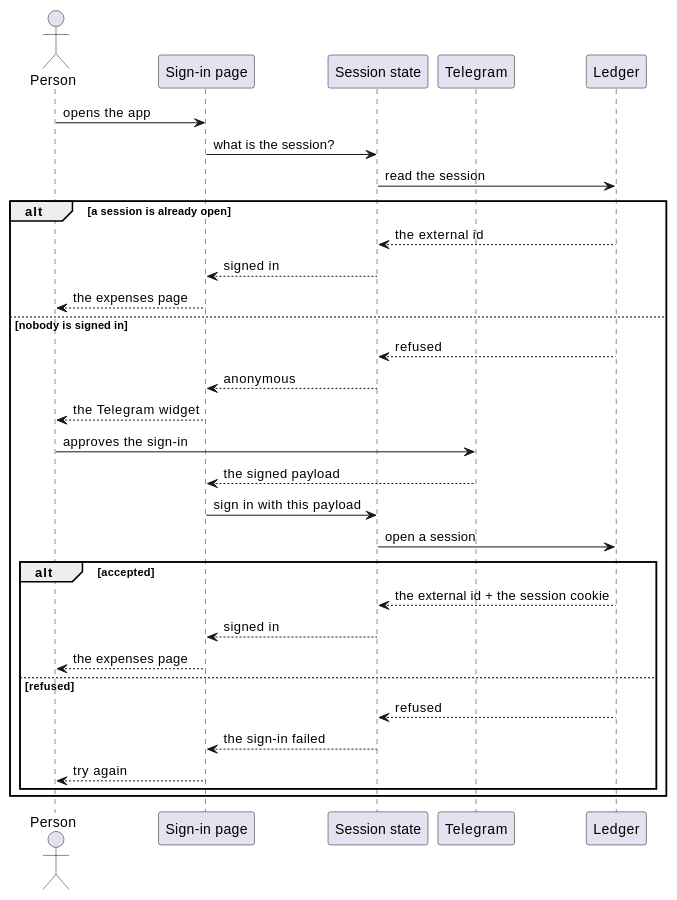
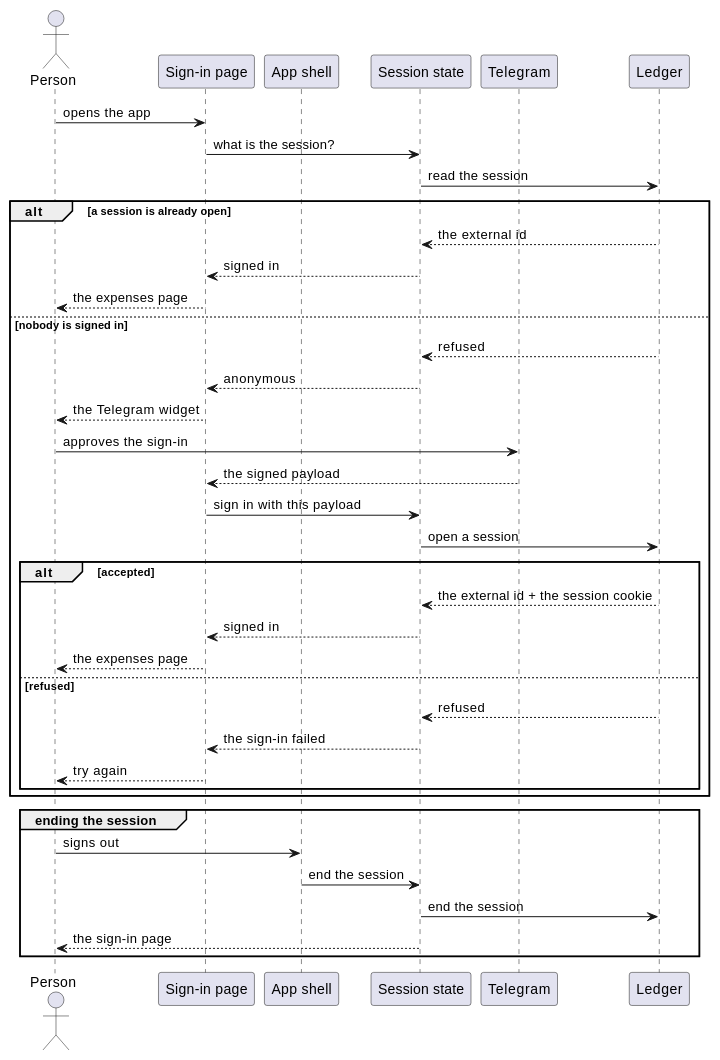
One commit to ds-usova/finance-bot changed the diagram in web-app/docs/usecases/sign-in-with-telegram.md. Above: the diagram before and after it, drawn with PlantUML. The commit also changed other lines of this file and 4 other files, not shown here.

Commit message:
Documentation: the web app's use cases and contracts record the shell, the day sections and the period pair

````diff
--- a/web-app/docs/usecases/sign-in-with-telegram.md
+++ b/web-app/docs/usecases/sign-in-with-telegram.md
@@ -42,38 +44,46 @@
 ```plantuml
 @startuml SignInWithTelegram-Sequence
 actor "Person" as User
 participant "Sign-in page" as Page
+participant "App shell" as Shell
 participant "Session state" as Auth
 participant "Telegram" as Telegram
 participant "Ledger" as Ledger
 
 User -> Page : opens the app
 Page -> Auth : what is the session?
 Auth -> Ledger : read the session
 
 alt a session is already open
   Ledger --> Auth : the external id
   Auth --> Page : signed in
   Page --> User : the expenses page
 else nobody is signed in
   Ledger --> Auth : refused
   Auth --> Page : anonymous
   Page --> User : the Telegram widget
 
   User -> Telegram : approves the sign-in
   Telegram --> Page : the signed payload
   Page -> Auth : sign in with this payload
   Auth -> Ledger : open a session
 
   alt accepted
     Ledger --> Auth : the external id + the session cookie
     Auth --> Page : signed in
     Page --> User : the expenses page
   else refused
     Ledger --> Auth : refused
     Auth --> Page : the sign-in failed
     Page --> User : try again
   end
 end
+
+group ending the session
+  User -> Shell : signs out
+  Shell -> Auth : end the session
+  Auth -> Ledger : end the session
+  Auth --> User : the sign-in page
+end
 @enduml
 ```
````
